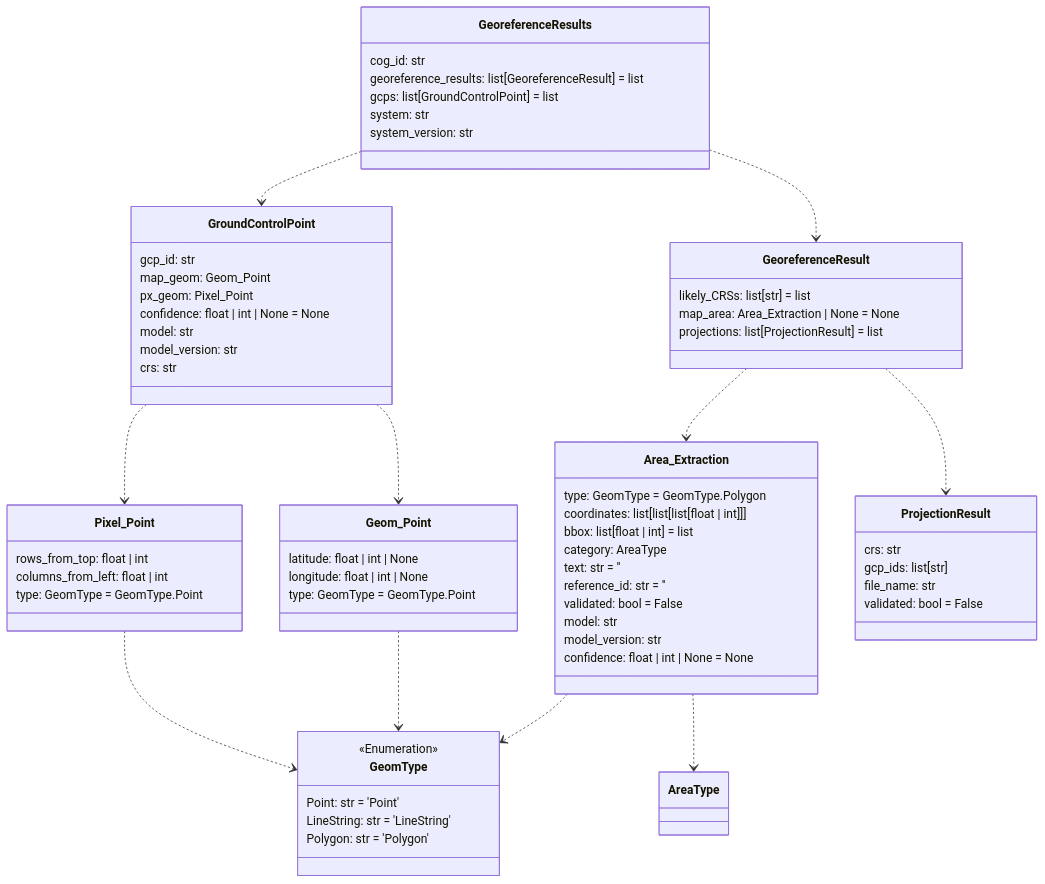
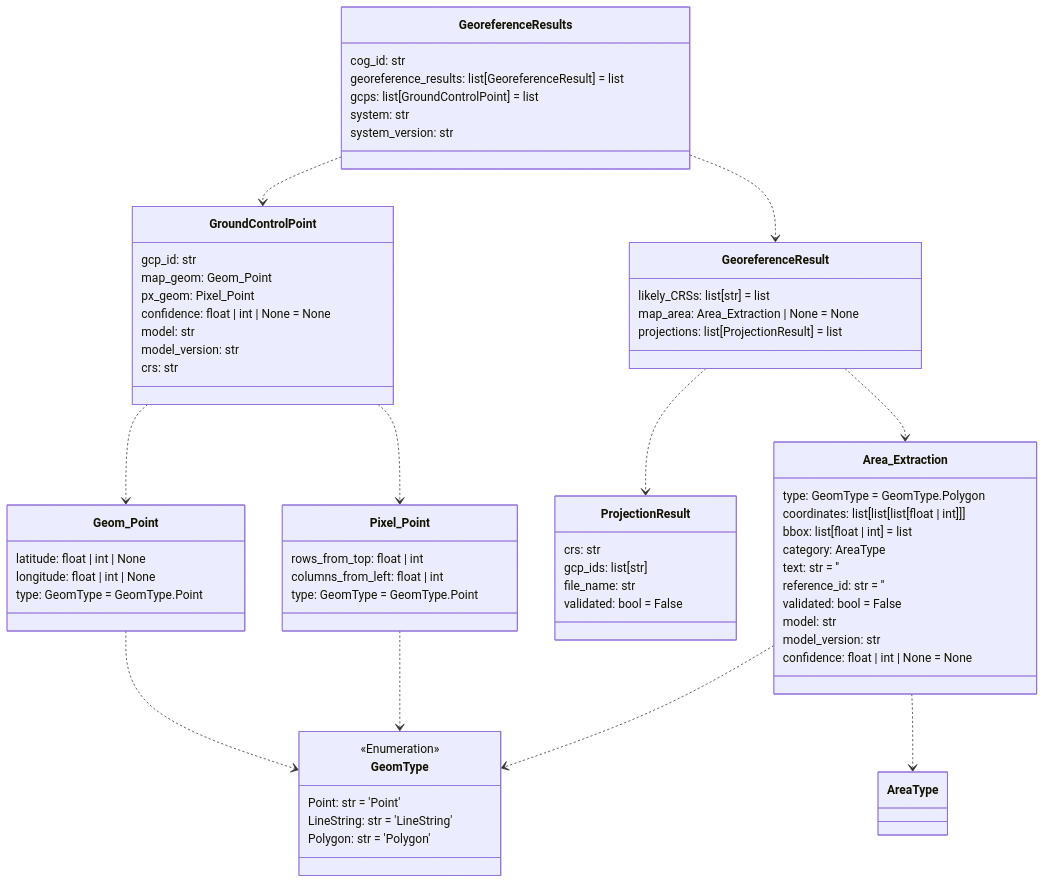
One commit to DARPA-CRITICALMAAS/cdr_schemas changed the second of 14 diagrams in README.md. Above: the diagram before and after it, drawn with Mermaid. The commit also changed other lines of this file and 1 other file, not shown here.

First line of the commit message:
Updated schema for BNN

````diff
--- a/README.md
+++ b/README.md
@@ -117,79 +117,79 @@
 ```mermaid
 classDiagram
-
-    class Area_Extraction {
-        type: GeomType = GeomType.Polygon
-        coordinates: list[list[list[float | int]]]
-        bbox: list[float | int] = list
-        category: AreaType
-        text: str = ''
-        reference_id: str = ''
-        validated: bool = False
-        model: str
-        model_version: str
-        confidence: float | int | None = None
-    }
-
-    class GroundControlPoint {
-        gcp_id: str
-        map_geom: Geom_Point
-        px_geom: Pixel_Point
-        confidence: float | int | None = None
-        model: str
-        model_version: str
-        crs: str
-    }
-
-    class Pixel_Point {
-        rows_from_top: float | int
-        columns_from_left: float | int
-        type: GeomType = GeomType.Point
-    }
-
-    class GeoreferenceResult {
-        likely_CRSs: list[str] = list
-        map_area: Area_Extraction | None = None
-        projections: list[ProjectionResult] = list
-    }
 
     class Geom_Point {
         latitude: float | int | None
         longitude: float | int | None
         type: GeomType = GeomType.Point
     }
 
     class ProjectionResult {
         crs: str
         gcp_ids: list[str]
         file_name: str
         validated: bool = False
     }
 
     class GeomType {
         <<Enumeration>>
         Point: str = 'Point'
         LineString: str = 'LineString'
         Polygon: str = 'Polygon'
     }
 
+    class GeoreferenceResult {
+        likely_CRSs: list[str] = list
+        map_area: Area_Extraction | None = None
+        projections: list[ProjectionResult] = list
+    }
+
+    class GroundControlPoint {
+        gcp_id: str
+        map_geom: Geom_Point
+        px_geom: Pixel_Point
+        confidence: float | int | None = None
+        model: str
+        model_version: str
+        crs: str
+    }
+
+    class Area_Extraction {
+        type: GeomType = GeomType.Polygon
+        coordinates: list[list[list[float | int]]]
+        bbox: list[float | int] = list
+        category: AreaType
+        text: str = ''
+        reference_id: str = ''
+        validated: bool = False
+        model: str
+        model_version: str
+        confidence: float | int | None = None
+    }
+
+    class Pixel_Point {
+        rows_from_top: float | int
+        columns_from_left: float | int
+        type: GeomType = GeomType.Point
+    }
+
     class GeoreferenceResults {
         cog_id: str
         georeference_results: list[GeoreferenceResult] = list
         gcps: list[GroundControlPoint] = list
         system: str
         system_version: str
     }
 
+    Area_Extraction ..> GeomType
     Area_Extraction ..> AreaType
-    Area_Extraction ..> GeomType
     Geom_Point ..> GeomType
     Pixel_Point ..> GeomType
     GroundControlPoint ..> Geom_Point
     GroundControlPoint ..> Pixel_Point
+    GeoreferenceResult ..> ProjectionResult
     GeoreferenceResult ..> Area_Extraction
-    GeoreferenceResult ..> ProjectionResult
     GeoreferenceResults ..> GroundControlPoint
     GeoreferenceResults ..> GeoreferenceResult
 
 
 ```
````
